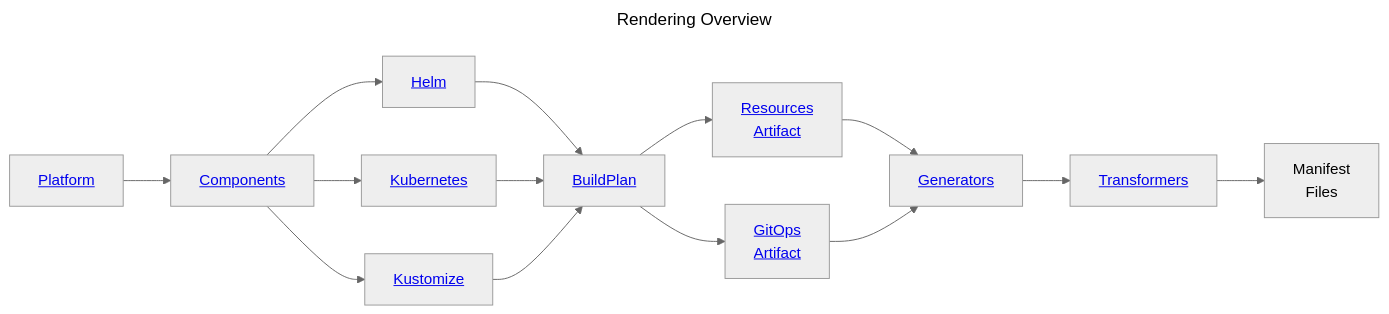
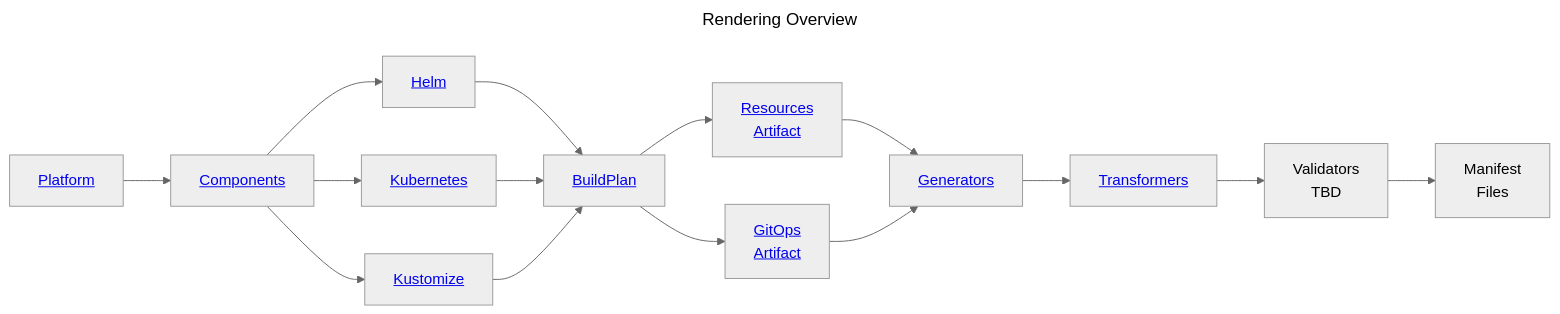
Before and after one commit to holos-run/holos: the diagram in doc/md/diagrams/rendering-overview.mdx, drawn with Mermaid (neutral theme). The commit also changed 3 other files, not shown here.

````diff
--- a/doc/md/diagrams/rendering-overview.mdx
+++ b/doc/md/diagrams/rendering-overview.mdx
@@ -1,31 +1,32 @@
 ```mermaid
 ---
 title: Rendering Overview
 ---
 graph LR
     Platform[<a href="/docs/api/author/v1alpha4/#Platform">Platform</a>]
     Component[<a href="/docs/api/author/v1alpha4/#ComponentConfig">Components</a>]
 
     Helm[<a href="/docs/api/author/v1alpha4/#Helm">Helm</a>]
     Kustomize[<a href="/docs/api/author/v1alpha4/#Kustomize">Kustomize</a>]
     Kubernetes[<a href="/docs/api/author/v1alpha4/#Kubernetes">Kubernetes</a>]
 
     BuildPlan[<a href="/docs/api/core/v1alpha4/#buildplan">BuildPlan</a>]
 
     ResourcesArtifact[<a href="/docs/api/core/v1alpha4/#artifact">Resources<br/>Artifact</a>]
     GitOpsArtifact[<a href="/docs/api/core/v1alpha4/#artifact">GitOps<br/>Artifact</a>]
 
     Generators[<a href="/docs/api/core/v1alpha4/#generators">Generators</a>]
     Transformers[<a href="/docs/api/core/v1alpha4/#transformer">Transformers</a>]
+    Validators[Validators<br/>TBD]
     Files[Manifest<br/>Files]
 
     Platform --> Component
     Component --> Helm --> BuildPlan
     Component --> Kubernetes --> BuildPlan
     Component --> Kustomize --> BuildPlan
 
     BuildPlan --> ResourcesArtifact --> Generators
     BuildPlan --> GitOpsArtifact --> Generators
 
-    Generators --> Transformers --> Files
+    Generators --> Transformers --> Validators --> Files
 ```
````
